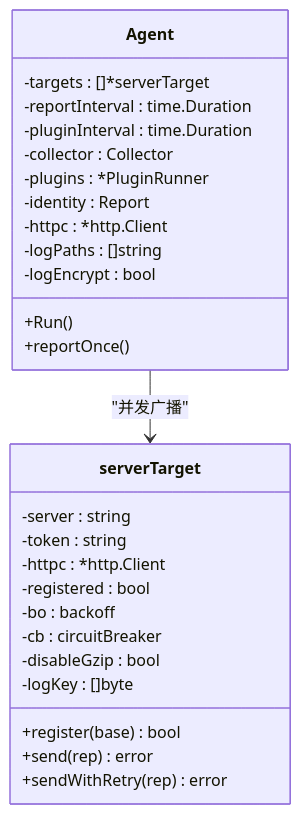
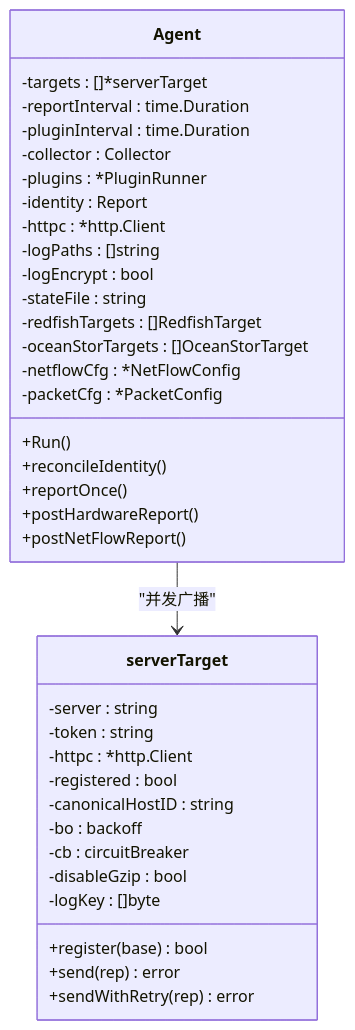
One commit to sreyun/aiops-monitor changed the third of 6 diagrams in .qoder/repowiki/zh/content/架构设计/Agent 客户端架构/Agent 核心架构.md. Above: the diagram before and after it, drawn with Mermaid. The commit also changed other lines of this file and 41 other files, not shown here.

````diff
--- a/.qoder/repowiki/zh/content/架构设计/Agent 客户端架构/Agent 核心架构.md
+++ b/.qoder/repowiki/zh/content/架构设计/Agent 客户端架构/Agent 核心架构.md
@@ -175,30 +234,39 @@
 ```mermaid
 classDiagram
 class Agent {
 -targets : []*serverTarget
 -reportInterval : time.Duration
 -pluginInterval : time.Duration
 -collector : Collector
 -plugins : *PluginRunner
 -identity : Report
 -httpc : *http.Client
 -logPaths : []string
 -logEncrypt : bool
+-stateFile : string
+-redfishTargets : []RedfishTarget
+-oceanStorTargets : []OceanStorTarget
+-netflowCfg : *NetFlowConfig
+-packetCfg : *PacketConfig
 +Run()
++reconcileIdentity()
 +reportOnce()
++postHardwareReport()
++postNetFlowReport()
 }
 class serverTarget {
 -server : string
 -token : string
 -httpc : *http.Client
 -registered : bool
+-canonicalHostID : string
 -bo : backoff
 -cb : circuitBreaker
 -disableGzip : bool
 -logKey : []byte
 +register(base) bool
 +send(rep) error
 +sendWithRetry(rep) error
 }
 Agent --> serverTarget : "并发广播"
 ```
````
